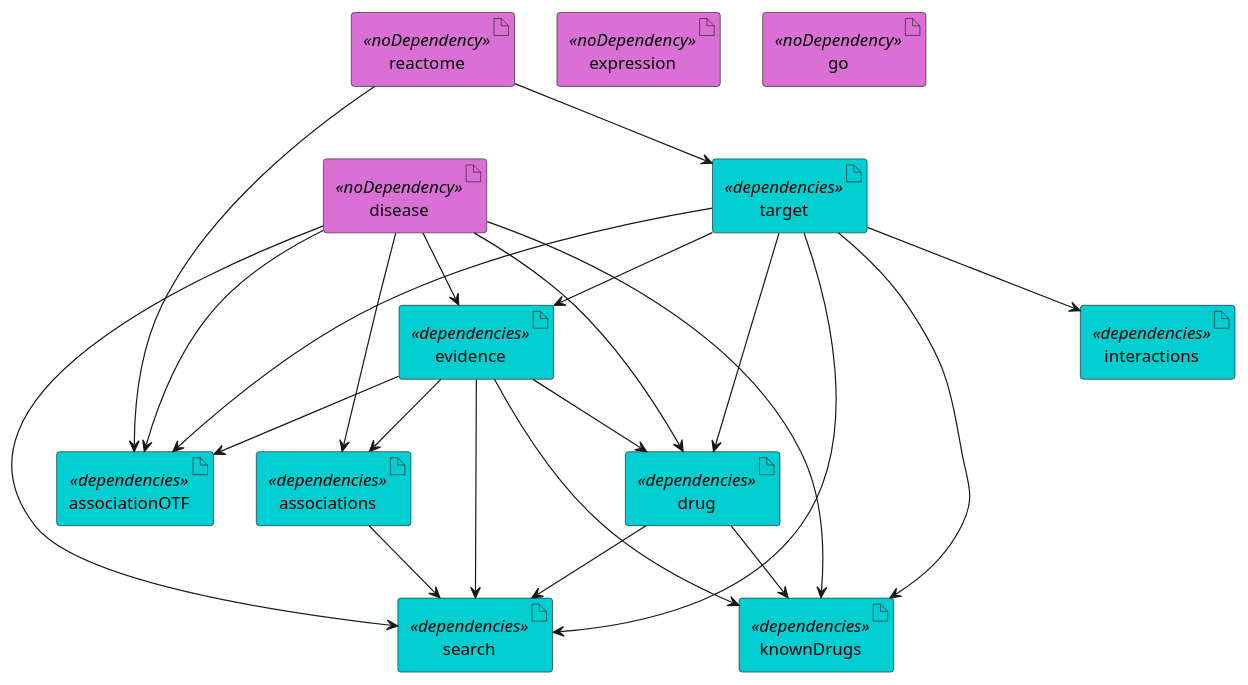
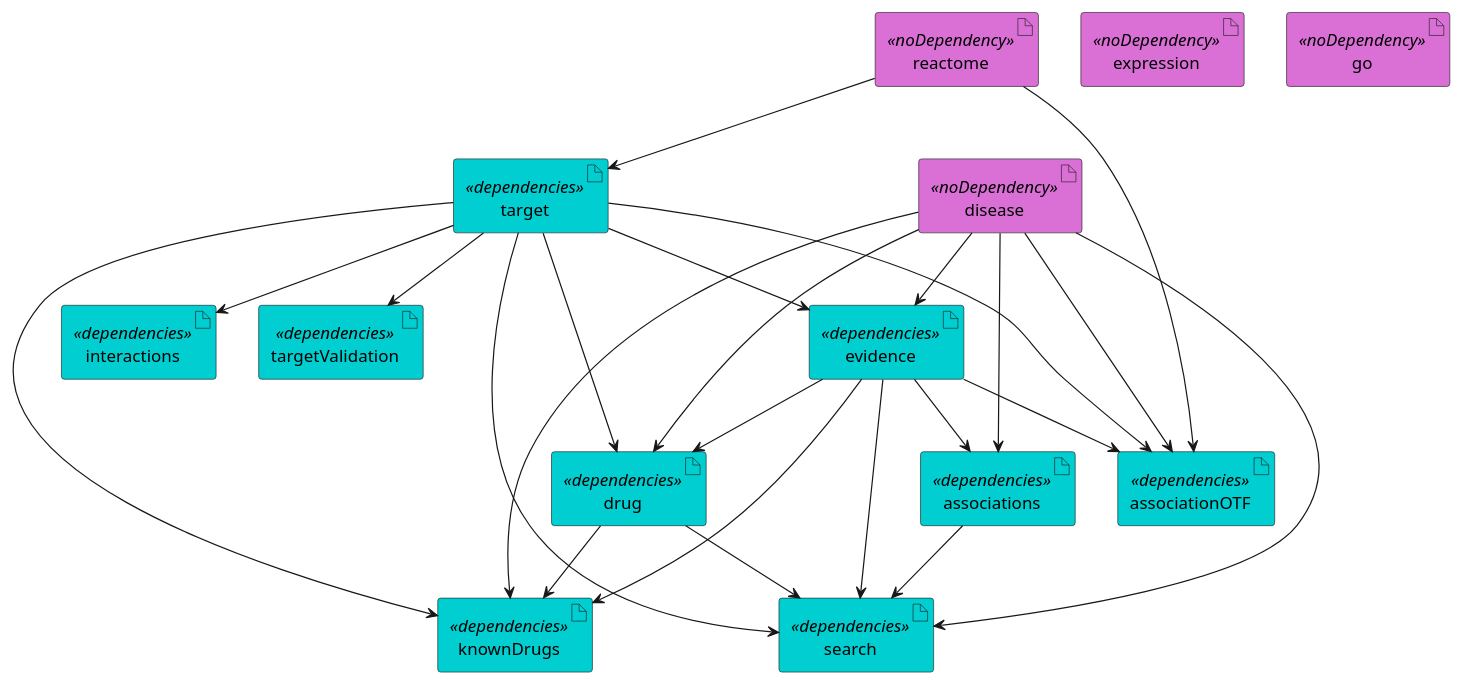
Before and after one commit to opentargets/platform-etl-backend: the diagram in documentation/etl_current.puml, drawn with PlantUML. The commit also changed 7 other files, not shown here.

First line of the commit message:
Add target validation step to ETL. (#215)

```diff
--- a/documentation/etl_current.puml
+++ b/documentation/etl_current.puml
@@ -1,53 +1,56 @@
 @startuml
 skinparam interface {
     backgroundColor<<input>> darkblue
     backgroundColor<<output>> cyan
 }
 skinparam artifact {
      backgroundColor<<noDependency>> orchid
      backgroundColor<<dependencies>> darkturquoise
  }
 ' steps
 artifact associations <<dependencies>>
 artifact associationOTF <<dependencies>>
 artifact disease <<noDependency>>
 artifact drug <<dependencies>>
 artifact evidence <<dependencies>>
 artifact expression <<noDependency>>
 artifact go <<noDependency>>
 artifact interactions <<dependencies>>
 artifact knownDrugs <<dependencies>>
+artifact targetValidation<<dependencies>>
 artifact reactome <<noDependency>>
 artifact search <<dependencies>>
 artifact target <<dependencies>>
 
 reactome --> target
 
 evidence --> associations
 disease --> associations
 
 reactome --> associationOTF
 evidence --> associationOTF
 disease --> associationOTF
 target --> associationOTF
 
 target --> drug
 disease --> drug
 evidence --> drug
 target --> evidence
 disease --> evidence
 
 evidence --> knownDrugs
 disease --> knownDrugs
 target --> knownDrugs
 drug --> knownDrugs
 
 evidence --> search
 disease --> search
 target --> search
 drug --> search
 associations --> search
 
 target --> interactions
 
+target --> targetValidation
+
 @enduml
```
